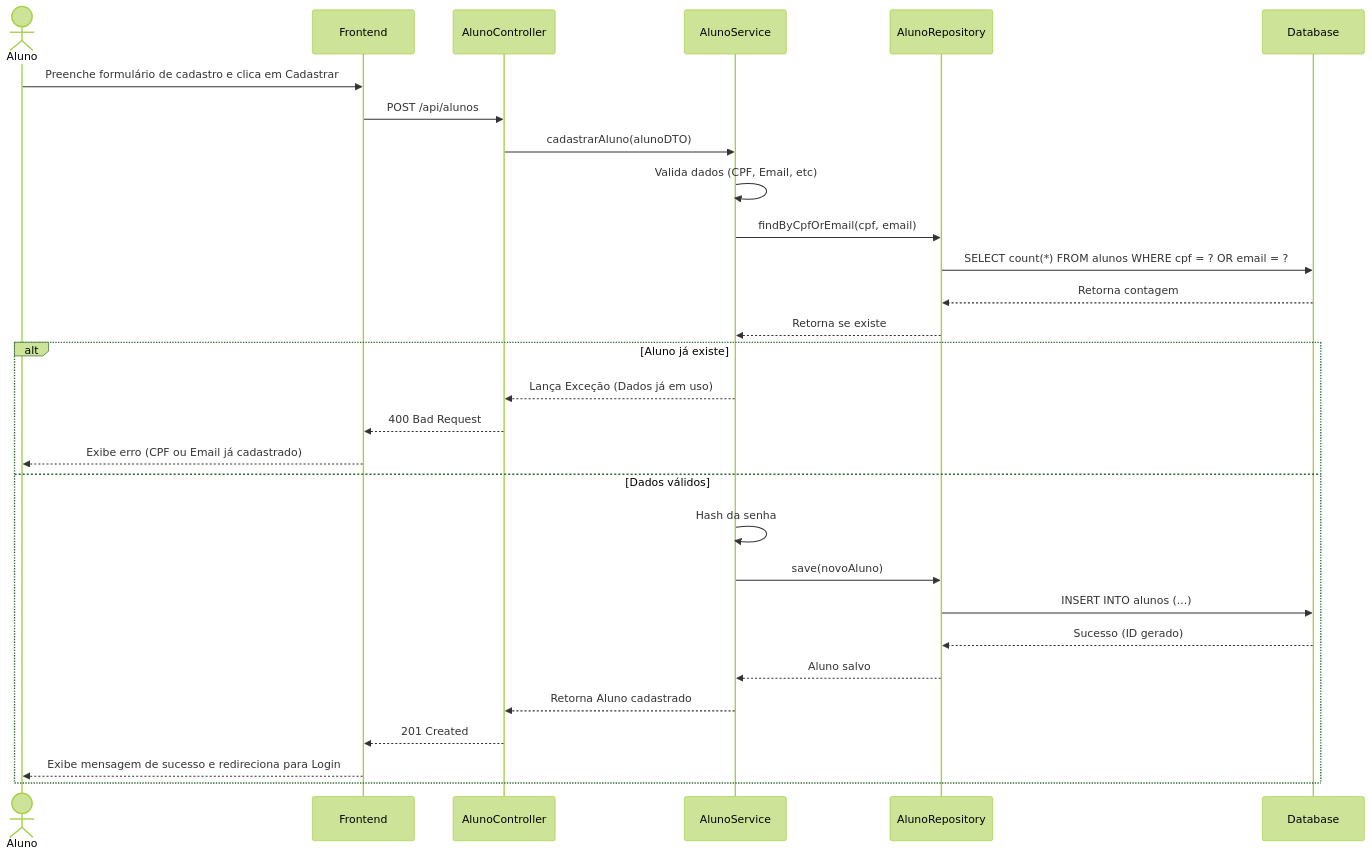
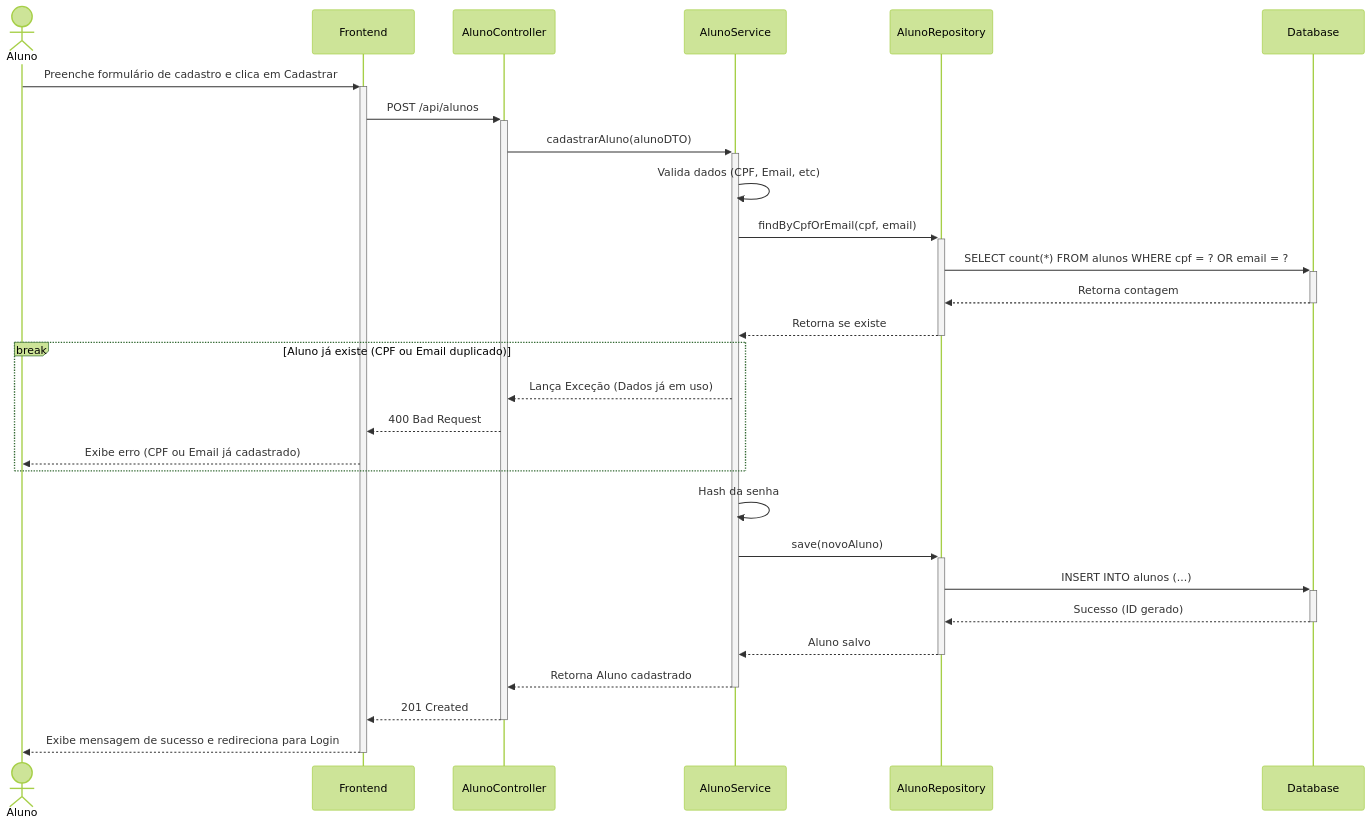
Before and after one commit to arthurcbretas/Sistema_de_Moeda_Estudantil: the diagram in docs/diagramas/diagrama_sequencia_cadastro_aluno.md, drawn with Mermaid (forest theme). The commit also changed 2 other files, not shown here.

Commit message:
fix(docs): restaura barras de ativação nos diagramas de sequência

````diff
--- a/docs/diagramas/diagrama_sequencia_cadastro_aluno.md
+++ b/docs/diagramas/diagrama_sequencia_cadastro_aluno.md
@@ -3,33 +3,33 @@
 ```mermaid
 sequenceDiagram
     actor U as Aluno
     participant F as Frontend
     participant C as AlunoController
     participant S as AlunoService
     participant R as AlunoRepository
     participant DB as Database
 
-    U->>F: Preenche formulário de cadastro e clica em Cadastrar
-    F->>C: POST /api/alunos
-    C->>S: cadastrarAluno(alunoDTO)
+    U->>+F: Preenche formulário de cadastro e clica em Cadastrar
+    F->>+C: POST /api/alunos
+    C->>+S: cadastrarAluno(alunoDTO)
     S->>S: Valida dados (CPF, Email, etc)
-    S->>R: findByCpfOrEmail(cpf, email)
-    R->>DB: SELECT count(*) FROM alunos WHERE cpf = ? OR email = ?
-    DB-->>R: Retorna contagem
-    R-->>S: Retorna se existe
+    S->>+R: findByCpfOrEmail(cpf, email)
+    R->>+DB: SELECT count(*) FROM alunos WHERE cpf = ? OR email = ?
+    DB-->>-R: Retorna contagem
+    R-->>-S: Retorna se existe
 
-    alt Aluno já existe
+    break Aluno já existe (CPF ou Email duplicado)
         S-->>C: Lança Exceção (Dados já em uso)
         C-->>F: 400 Bad Request
         F-->>U: Exibe erro (CPF ou Email já cadastrado)
-    else Dados válidos
-        S->>S: Hash da senha
-        S->>R: save(novoAluno)
-        R->>DB: INSERT INTO alunos (...)
-        DB-->>R: Sucesso (ID gerado)
-        R-->>S: Aluno salvo
-        S-->>C: Retorna Aluno cadastrado
-        C-->>F: 201 Created
-        F-->>U: Exibe mensagem de sucesso e redireciona para Login
     end
+
+    S->>S: Hash da senha
+    S->>+R: save(novoAluno)
+    R->>+DB: INSERT INTO alunos (...)
+    DB-->>-R: Sucesso (ID gerado)
+    R-->>-S: Aluno salvo
+    S-->>-C: Retorna Aluno cadastrado
+    C-->>-F: 201 Created
+    F-->>-U: Exibe mensagem de sucesso e redireciona para Login
 ```
````
